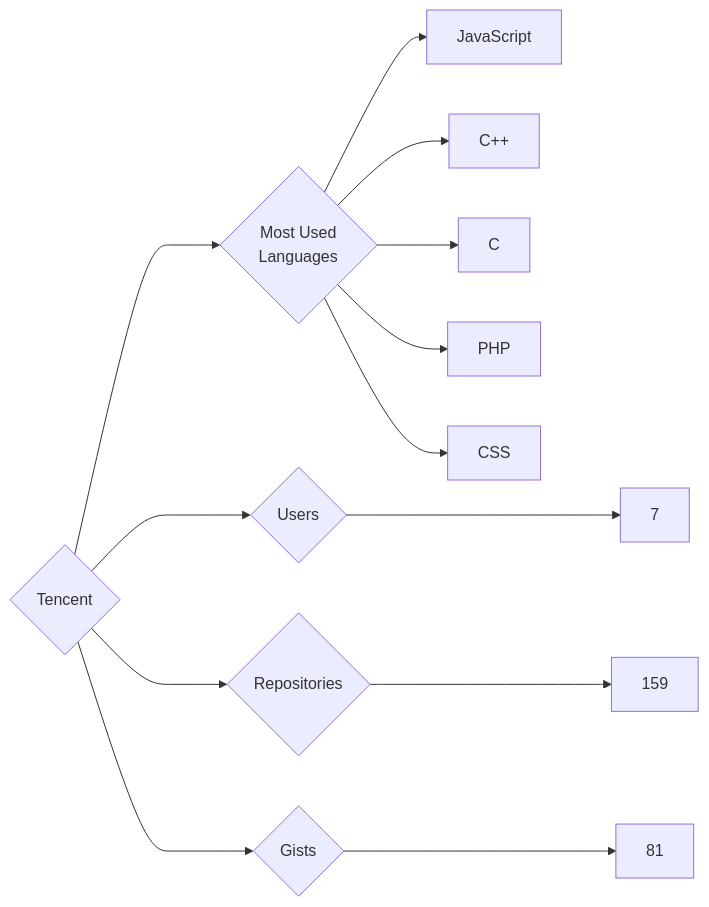
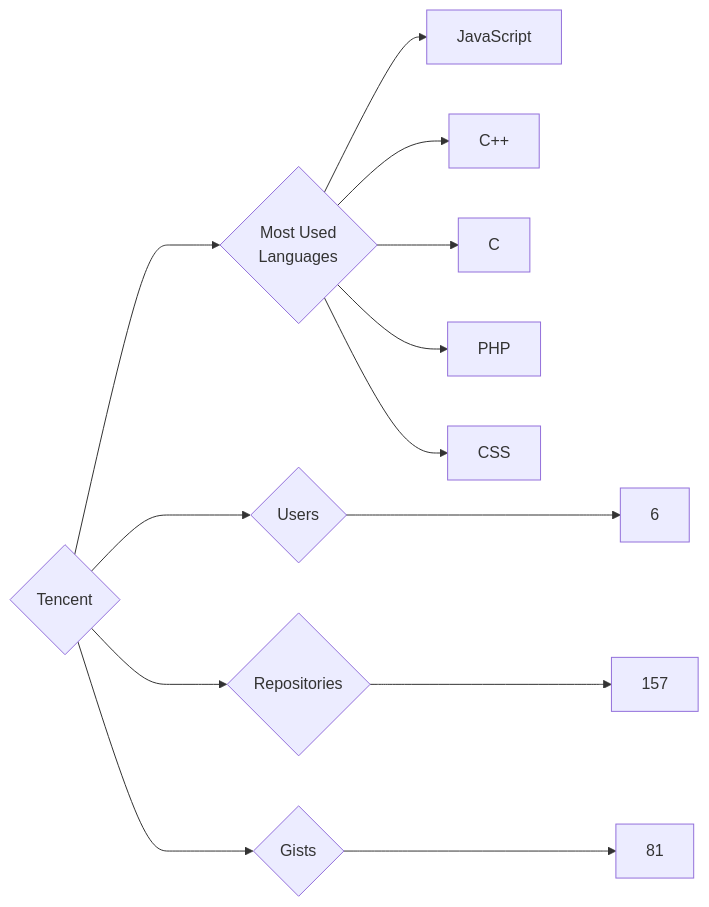
The diagram in targets/Tencent/README.md (trickest/insiders), drawn with Mermaid before and after one commit. The commit also changed 725 other files, not shown here.

````diff
--- a/targets/Tencent/README.md
+++ b/targets/Tencent/README.md
@@ -3,13 +3,13 @@
 ```mermaid
 graph LR
 COMPANY_NAME{Tencent}
-COMPANY_NAME ---> U{Users} ---> UN[7]
-COMPANY_NAME ---> R{Repositories} ---> RN[159]
+COMPANY_NAME ---> U{Users} ---> UN[6]
+COMPANY_NAME ---> R{Repositories} ---> RN[157]
 COMPANY_NAME ---> G{Gists} ---> GN[81]
 COMPANY_NAME ---> ML{Most Used<br>Languages}
 ML --> JavaScript[JavaScript]
 ML --> C++[C++]
 ML --> C[C]
 ML --> PHP[PHP]
 ML --> CSS[CSS]
 ```
````
